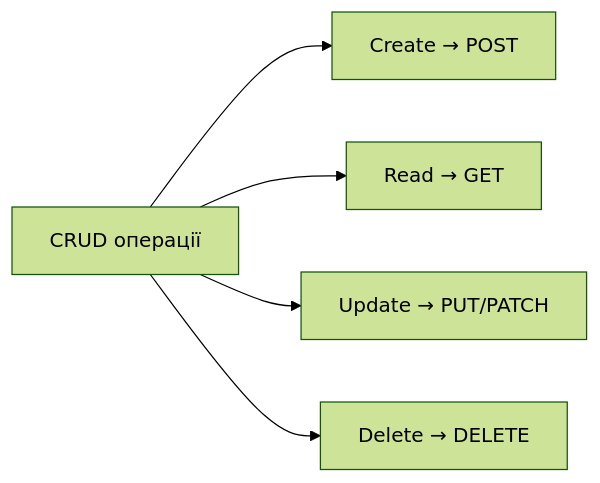
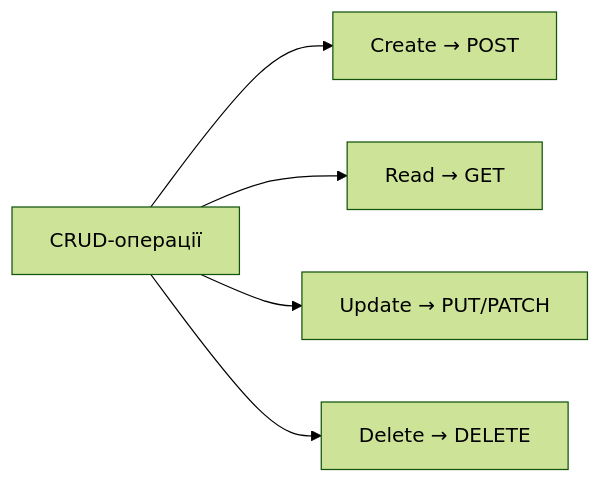
One commit to olroi421/course-opi-v2 changed the fourth of 9 diagrams in presentations/presentation-11.md. Above: the diagram before and after it, drawn with Mermaid (forest theme). The commit also changed other lines of this file and 10 other files, not shown here.

````diff
--- a/presentations/presentation-11.md
+++ b/presentations/presentation-11.md
@@ -183,7 +242,7 @@
 ```mermaid
 graph LR
-    A[CRUD операції] --> B[Create → POST]
-    A --> C[Read → GET]
-    A --> D[Update → PUT/PATCH]
-    A --> E[Delete → DELETE]
+    A["CRUD-операції"] --> B["Create → POST"]
+    A --> C["Read → GET"]
+    A --> D["Update → PUT/PATCH"]
+    A --> E["Delete → DELETE"]
 ```
````
